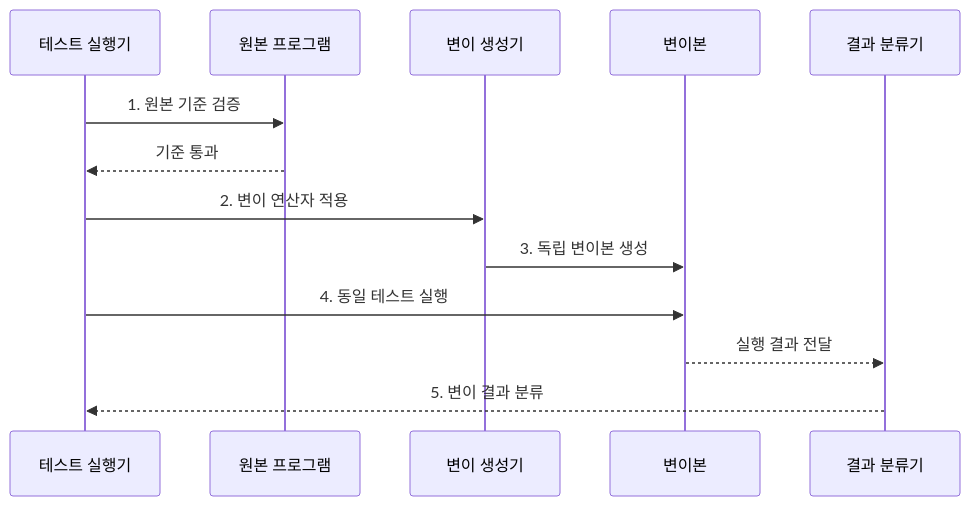
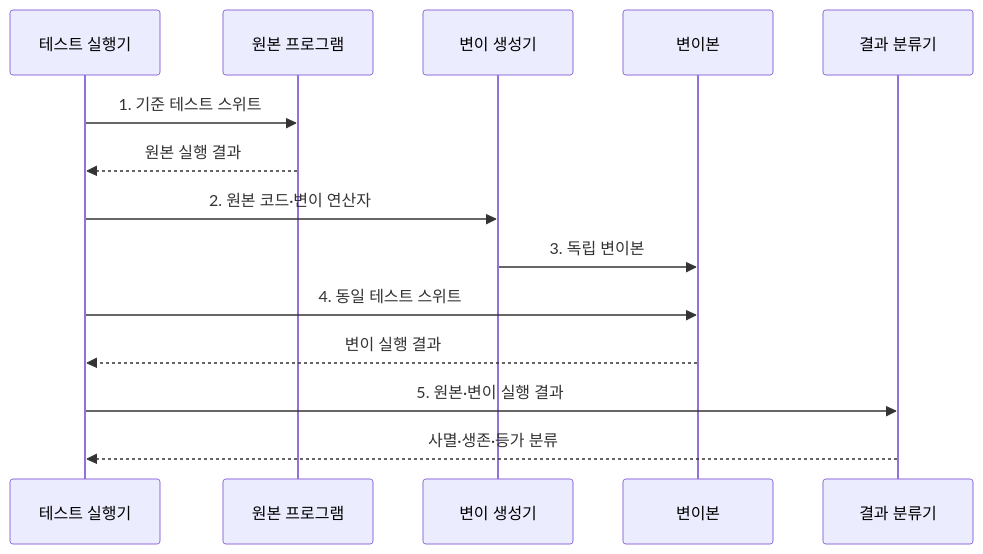
The second of 2 diagrams in src/content/docs/notes/03-software/061_mutation_testing.md (agnusdei1207/knowledge-base), drawn with Mermaid before and after one commit. The commit also changed other lines of this file and 20 other files, not shown here.

````diff
--- a/src/content/docs/notes/03-software/061_mutation_testing.md
+++ b/src/content/docs/notes/03-software/061_mutation_testing.md
@@ -81,15 +86,16 @@
 ```mermaid
 sequenceDiagram
     participant R as 테스트 실행기
     participant O as 원본 프로그램
     participant G as 변이 생성기
     participant M as 변이본
     participant C as 결과 분류기
-    R->>O: 1. 원본 기준 검증
-    O-->>R: 기준 통과
-    R->>G: 2. 변이 연산자 적용
-    G->>M: 3. 독립 변이본 생성
-    R->>M: 4. 동일 테스트 실행
-    M-->>C: 실행 결과 전달
-    C-->>R: 5. 변이 결과 분류
+    R->>O: 1. 기준 테스트 스위트
+    O-->>R: 원본 실행 결과
+    R->>G: 2. 원본 코드·변이 연산자
+    G->>M: 3. 독립 변이본
+    R->>M: 4. 동일 테스트 스위트
+    M-->>R: 변이 실행 결과
+    R->>C: 5. 원본·변이 실행 결과
+    C-->>R: 사멸·생존·등가 분류
 ```
````
